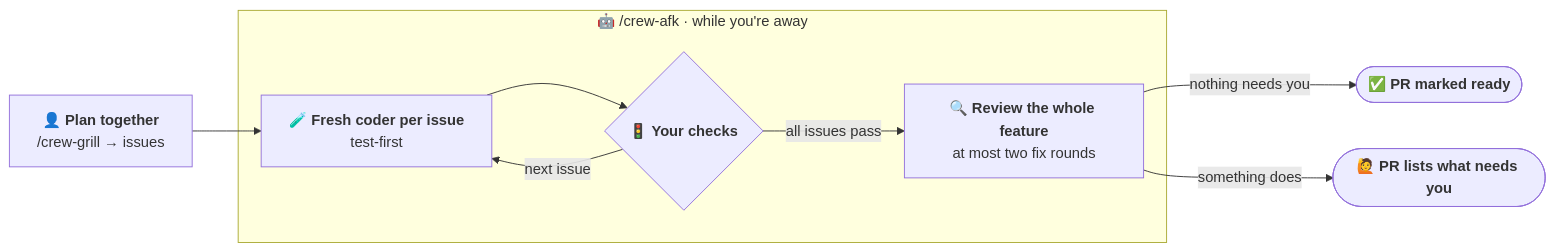
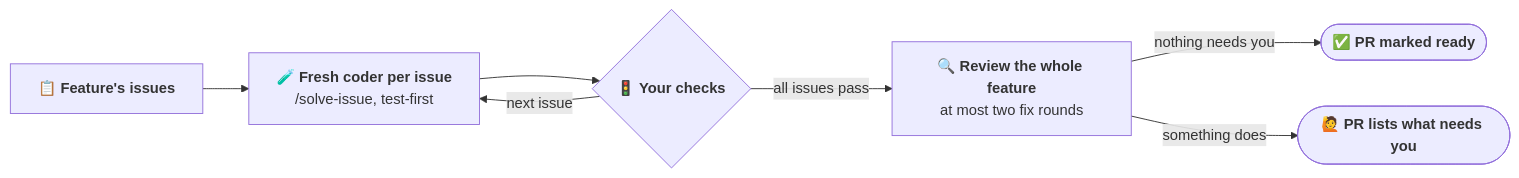
The diagram in README.md (ypxing/coding-crew), drawn with Mermaid before and after one commit. The commit also changed other lines of this file and 1 other file, not shown here.

First line of the commit message:
README: organise around how much you hand over, and why not just ask your agent (#688)

````diff
--- a/README.md
+++ b/README.md
@@ -53,11 +102,9 @@
 ```mermaid
 flowchart LR
-    plan["👤 <b>Plan together</b><br/>/crew-grill → issues"] --> coder
-    subgraph away ["🤖 /crew-afk · while you're away"]
-        coder["🧪 <b>Fresh coder per issue</b><br/>test-first"] --> gate{"🚦 <b>Your checks</b>"}
-        gate -- "next issue" --> coder
-        gate -- "all issues pass" --> review["🔍 <b>Review the whole feature</b><br/>at most two fix rounds"]
-    end
+    issues["📋 <b>Feature's issues</b>"] --> coder
+    coder["🧪 <b>Fresh coder per issue</b><br/>/solve-issue, test-first"] --> gate{"🚦 <b>Your checks</b>"}
+    gate -- "next issue" --> coder
+    gate -- "all issues pass" --> review["🔍 <b>Review the whole feature</b><br/>at most two fix rounds"]
     review -- "nothing needs you" --> ready(["✅ <b>PR marked ready</b>"])
     review -- "something does" --> needs(["🙋 <b>PR lists what needs you</b>"])
 ```
````
